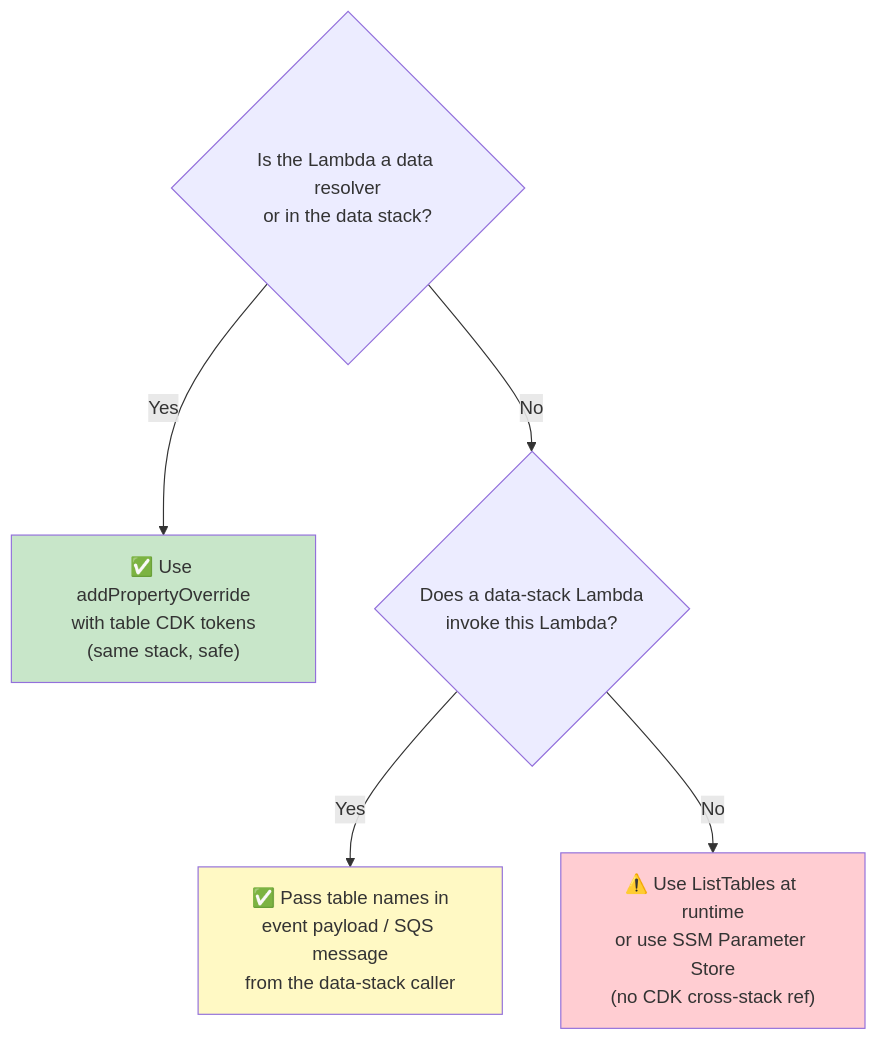
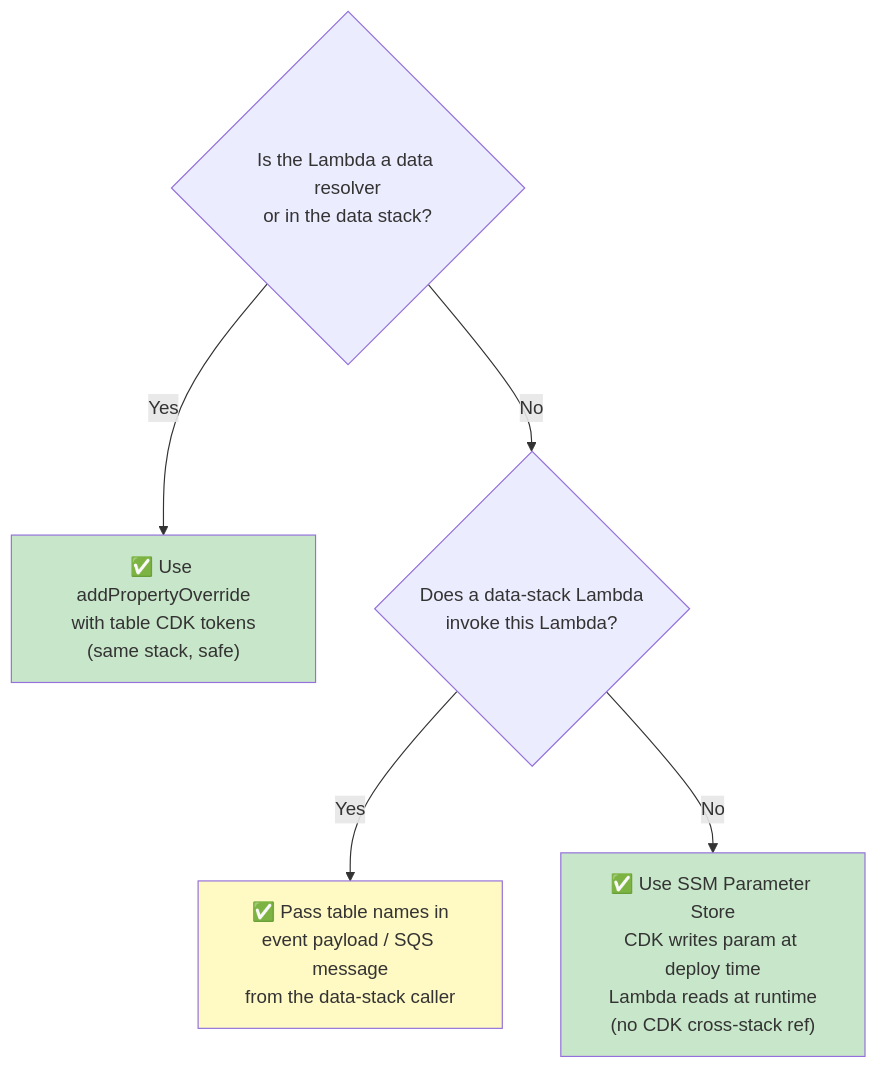
Before and after one commit to icoxfog417/business-ocr-annotator: the fourth of 4 diagrams in spec/design_stack.md, drawn with Mermaid. The commit also changed other lines of this file and 4 other files, not shown here.

First line of the commit message:
fix: Replace ListTables with SSM Parameter Store for Image table discovery

````diff
--- a/spec/design_stack.md
+++ b/spec/design_stack.md
@@ -137,12 +138,12 @@
 ```mermaid
 flowchart TD
     Q1{"Is the Lambda a data resolver<br/>or in the data stack?"}
     Q1 -- "Yes" --> A1["✅ Use addPropertyOverride<br/>with table CDK tokens<br/>(same stack, safe)"]
     Q1 -- "No" --> Q2{"Does a data-stack Lambda<br/>invoke this Lambda?"}
     Q2 -- "Yes" --> A2["✅ Pass table names in<br/>event payload / SQS message<br/>from the data-stack caller"]
-    Q2 -- "No" --> A3["⚠️ Use ListTables at runtime<br/>or use SSM Parameter Store<br/>(no CDK cross-stack ref)"]
+    Q2 -- "No" --> A3["✅ Use SSM Parameter Store<br/>CDK writes param at deploy time<br/>Lambda reads at runtime<br/>(no CDK cross-stack ref)"]
 
     style A1 fill:#c8e6c9
     style A2 fill:#fff9c4
-    style A3 fill:#ffcdd2
+    style A3 fill:#c8e6c9
 ```
````
